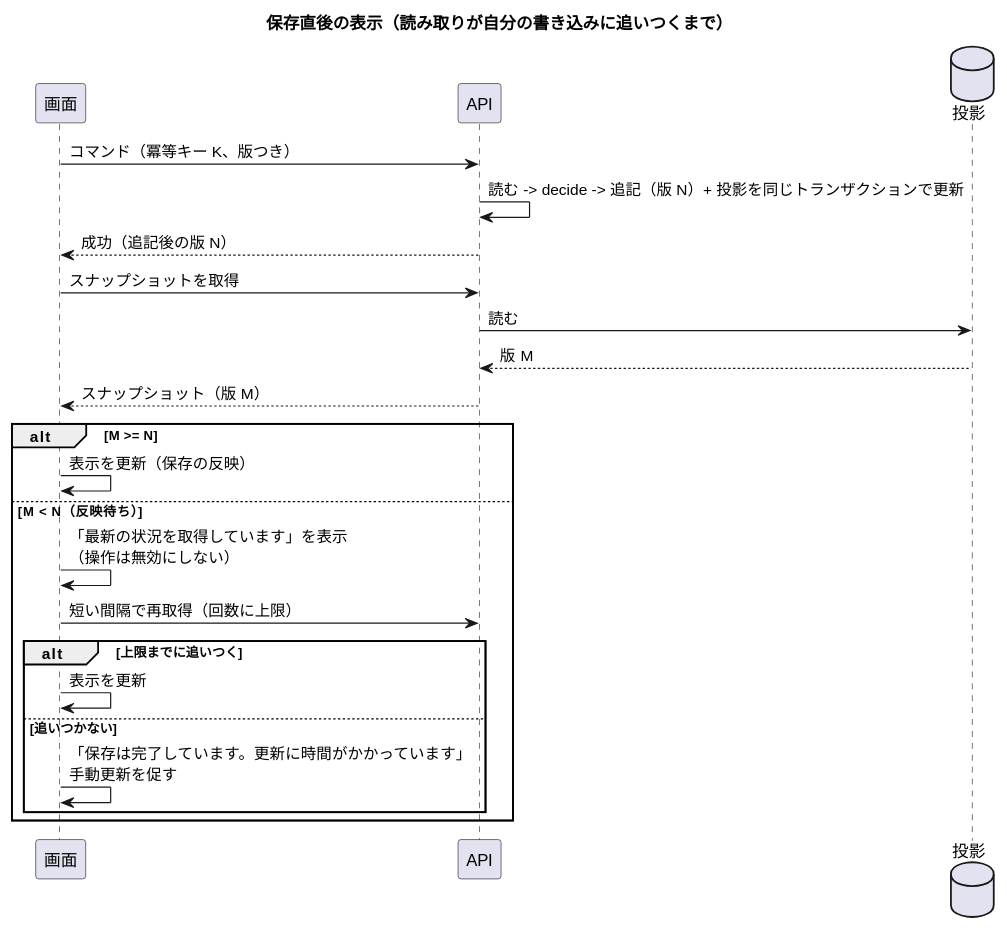
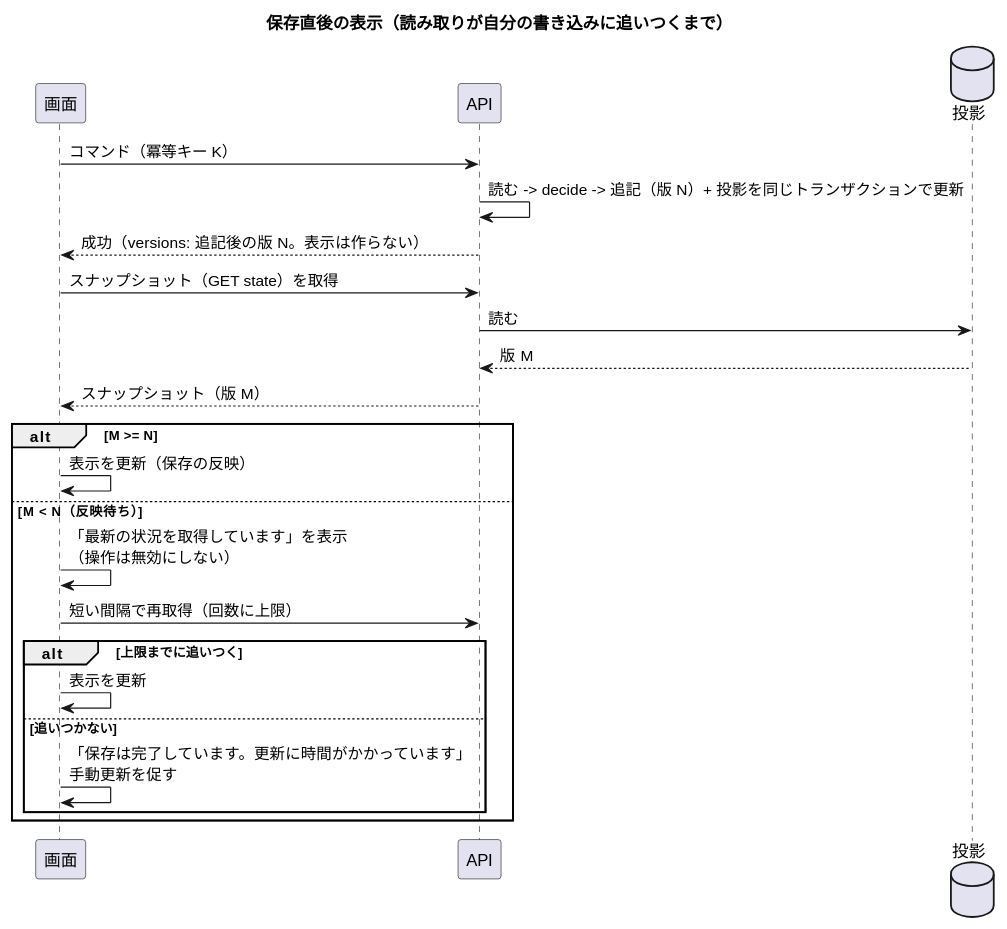
One commit to k2works/case-study-beer-game-simulation changed diagram 12 of 12 in docs/design/beer-game-kotlin/ui-design.md. Above: the diagram before and after it, drawn with PlantUML. The commit also changed other lines of this file and 8 other files, not shown here.

````diff
--- a/docs/design/beer-game-kotlin/ui-design.md
+++ b/docs/design/beer-game-kotlin/ui-design.md
@@ -401,27 +406,27 @@
 ```plantuml
 @startuml
 title 保存直後の表示（読み取りが自分の書き込みに追いつくまで）
 participant "画面" as UI
 participant "API" as API
 database "投影" as P
 
-UI -> API : コマンド（冪等キー K、版つき）
+UI -> API : コマンド（冪等キー K）
 API -> API : 読む -> decide -> 追記（版 N）+ 投影を同じトランザクションで更新
-API --> UI : 成功（追記後の版 N）
-UI -> API : スナップショットを取得
+API --> UI : 成功（versions: 追記後の版 N。表示は作らない）
+UI -> API : スナップショット（GET state）を取得
 API -> P : 読む
 P --> API : 版 M
 API --> UI : スナップショット（版 M）
 alt M >= N
   UI -> UI : 表示を更新（保存の反映）
 else M < N（反映待ち）
   UI -> UI : 「最新の状況を取得しています」を表示\n（操作は無効にしない）
   UI -> API : 短い間隔で再取得（回数に上限）
   alt 上限までに追いつく
     UI -> UI : 表示を更新
   else 追いつかない
     UI -> UI : 「保存は完了しています。更新に時間がかかっています」\n手動更新を促す
   end
 end
 @enduml
 ```
````
